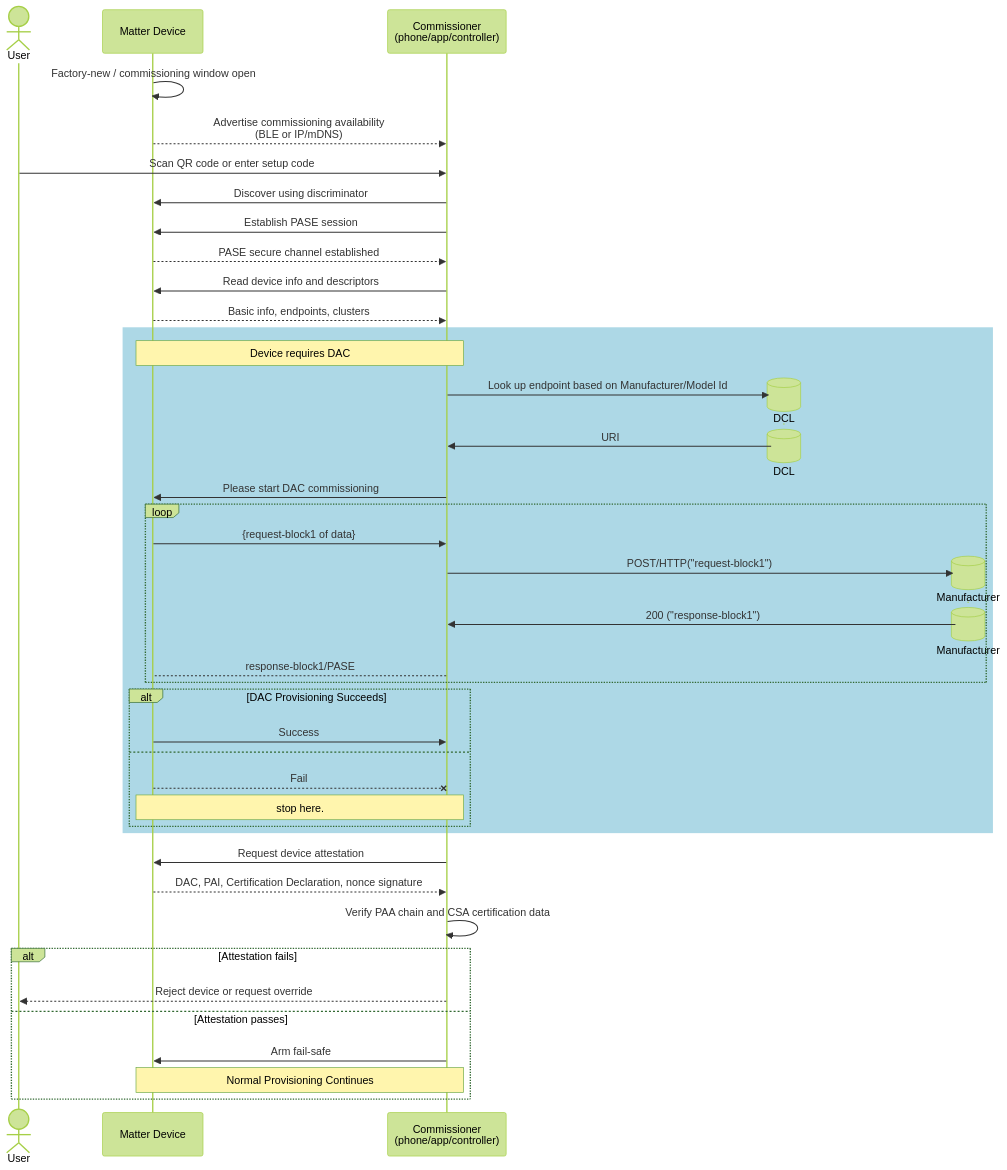
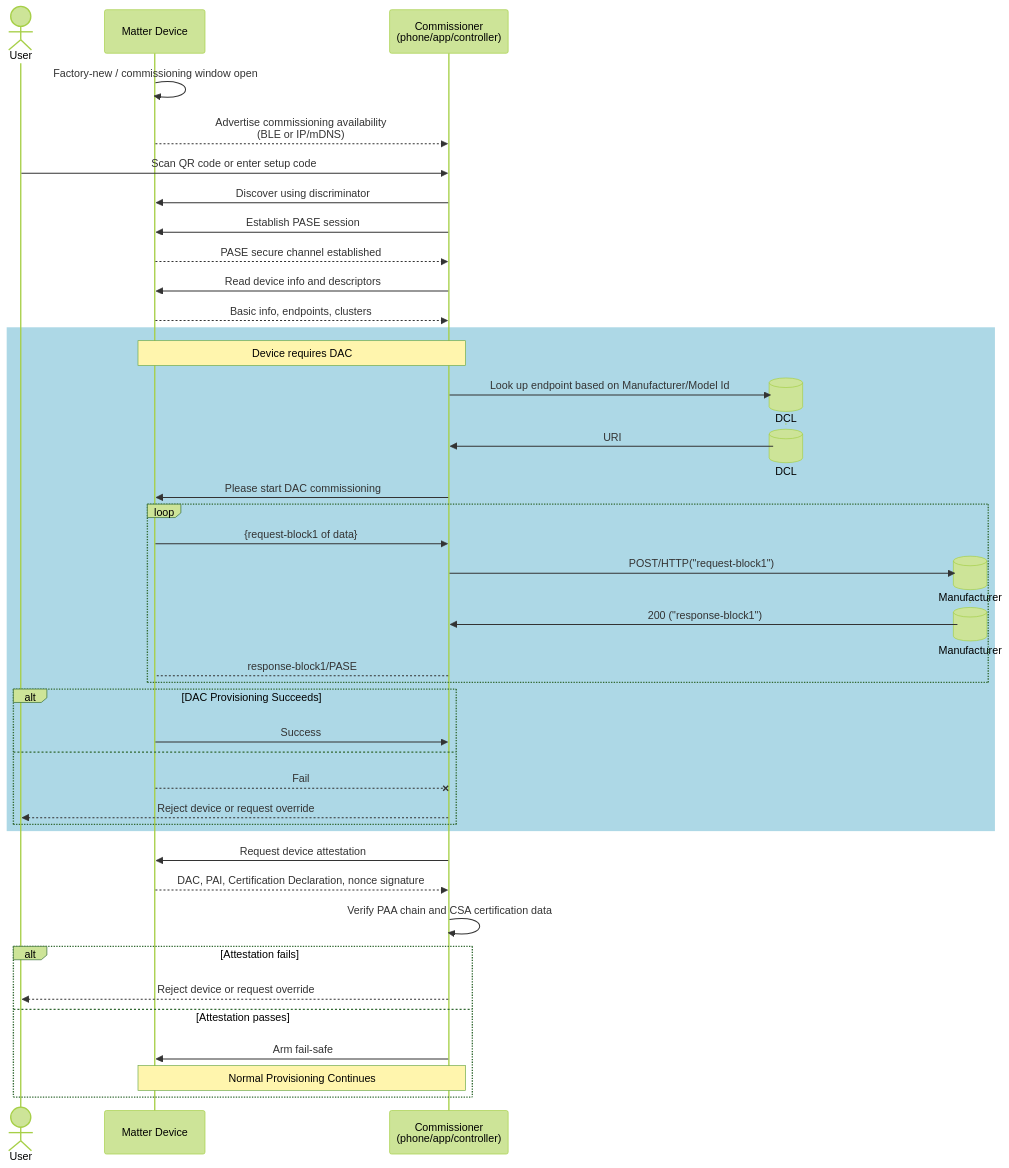
One commit to elear/matter-dac-provisioning changed the diagram in provisioning-flow.md. Above: the diagram before and after it, drawn with Mermaid (forest theme).

Commit message:
inform user on fail

````diff
--- a/provisioning-flow.md
+++ b/provisioning-flow.md
@@ -1,52 +1,52 @@
 ```mermaid
 sequenceDiagram
     actor User
     participant Device as Matter Device
     participant Commissioner as Commissioner<br/>(phone/app/controller)
 
  
     Device->>Device: Factory-new / commissioning window open
     Device-->>Commissioner: Advertise commissioning availability<br/>(BLE or IP/mDNS)
 
     User->>Commissioner: Scan QR code or enter setup code
     Commissioner->>Device: Discover using discriminator
 
     Commissioner->>Device: Establish PASE session
     Device-->>Commissioner: PASE secure channel established
 
     Commissioner->>Device: Read device info and descriptors
     Device-->>Commissioner: Basic info, endpoints, clusters
     rect lightblue
     Note over Device,Commissioner: Device requires DAC
         create participant DCL@{"type" : "database" }
         Commissioner->>DCL: Look up endpoint based on Manufacturer/Model Id
         destroy DCL
         DCL->>Commissioner: URI
         Commissioner->>Device: Please start DAC commissioning
         loop
             Device->>Commissioner: {request-block1 of data}
             create participant Manufacturer@{"type" : "database" }
             Commissioner->>Manufacturer: POST/HTTP("request-block1")
             destroy Manufacturer
             Manufacturer->>Commissioner: 200 ("response-block1")
             Commissioner-->Device: response-block1/PASE
         end
         alt DAC Provisioning Succeeds
             Device->>Commissioner: Success
         else
             Device--xCommissioner: Fail
-            note over Device,Commissioner: stop here.
+            Commissioner-->>User: Reject device or request override
         end
     end
     Commissioner->>Device: Request device attestation
     Device-->>Commissioner: DAC, PAI, Certification Declaration, nonce signature
     Commissioner->>Commissioner: Verify PAA chain and CSA certification data
 
     alt Attestation fails
         Commissioner-->>User: Reject device or request override
     else Attestation passes
         Commissioner->>Device: Arm fail-safe
 
         Note over Commissioner,Device: Normal Provisioning Continues 
     end
 ```
````
